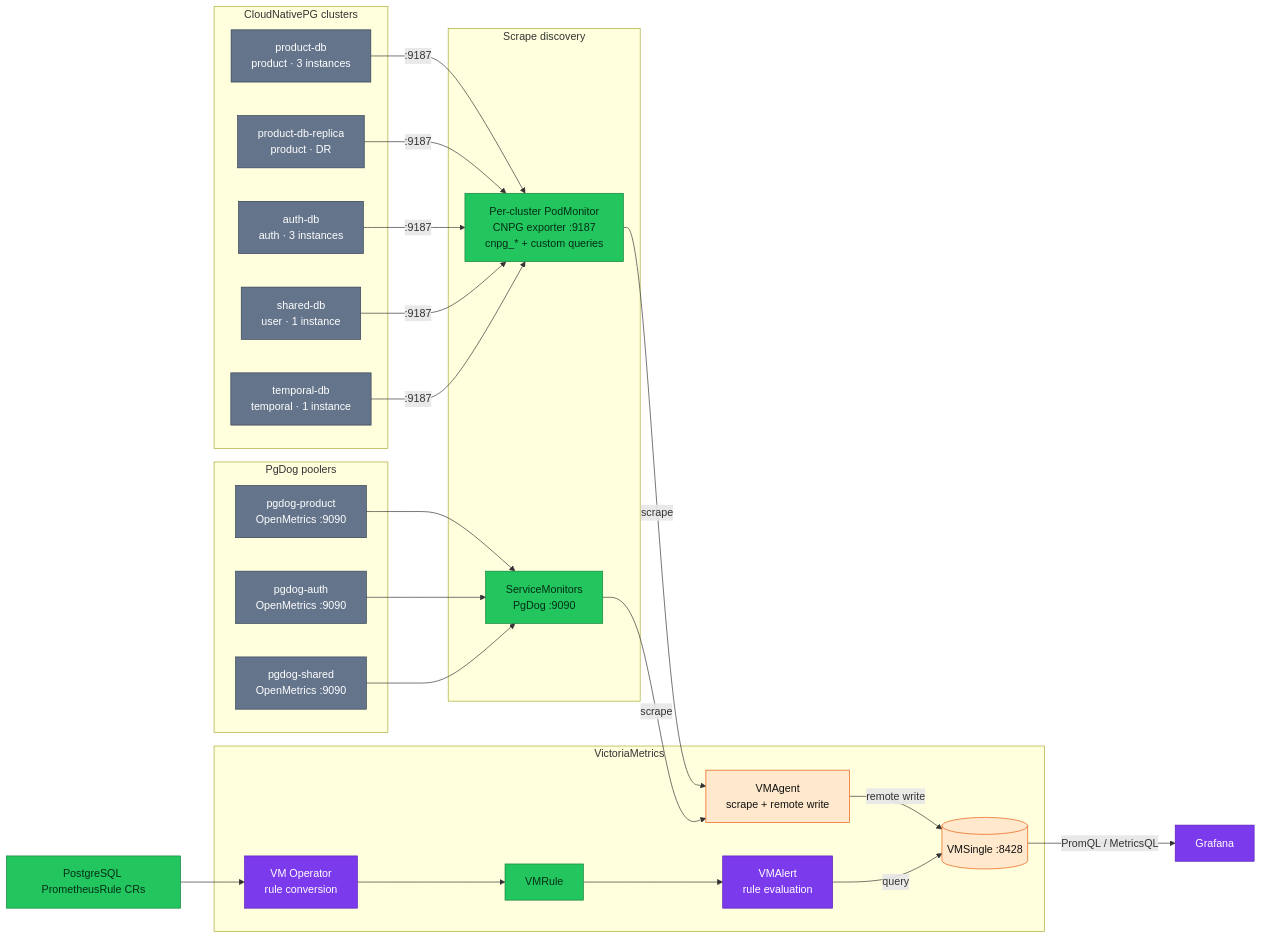
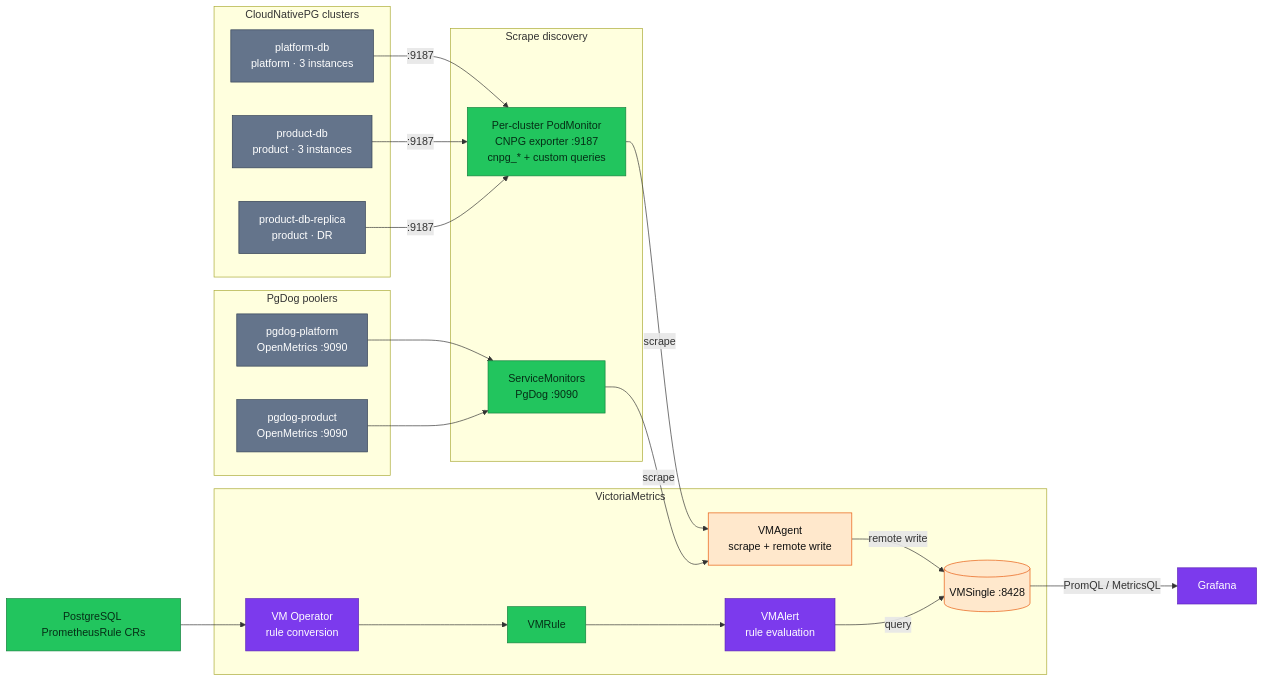
One commit to duynhlab/homelab changed the diagram in docs/observability/metrics/postgresql/monitoring.md. Above: the diagram before and after it, drawn with Mermaid. The commit also changed other lines of this file and 147 other files, not shown here.

````diff
--- a/docs/observability/metrics/postgresql/monitoring.md
+++ b/docs/observability/metrics/postgresql/monitoring.md
@@ -9,56 +9,50 @@
 ```mermaid
 flowchart LR
     subgraph databases["CloudNativePG clusters"]
+        platformDB["platform-db<br/>platform · 3 instances"]
         productDB["product-db<br/>product · 3 instances"]
         productDR["product-db-replica<br/>product · DR"]
-        authDB["auth-db<br/>auth · 3 instances"]
-        sharedDB["shared-db<br/>user · 1 instance"]
-        temporalDB["temporal-db<br/>temporal · 1 instance"]
     end
 
     subgraph poolers["PgDog poolers"]
+        platformPgDog["pgdog-platform<br/>OpenMetrics :9090"]
         productPgDog["pgdog-product<br/>OpenMetrics :9090"]
-        authPgDog["pgdog-auth<br/>OpenMetrics :9090"]
-        sharedPgDog["pgdog-shared<br/>OpenMetrics :9090"]
     end
 
     subgraph discovery["Scrape discovery"]
         cnpgMon["Per-cluster PodMonitor<br/>CNPG exporter :9187<br/>cnpg_* + custom queries"]
         pgdogMon["ServiceMonitors<br/>PgDog :9090"]
     end
 
     subgraph metrics["VictoriaMetrics"]
         vma["VMAgent<br/>scrape + remote write"]
         vms[("VMSingle :8428")]
         vmop["VM Operator<br/>rule conversion"]
         vmrule["VMRule"]
         vmalert["VMAlert<br/>rule evaluation"]
     end
 
+    platformDB -->|":9187"| cnpgMon
     productDB -->|":9187"| cnpgMon
     productDR -->|":9187"| cnpgMon
-    authDB -->|":9187"| cnpgMon
-    sharedDB -->|":9187"| cnpgMon
-    temporalDB -->|":9187"| cnpgMon
 
+    platformPgDog --> pgdogMon
     productPgDog --> pgdogMon
-    authPgDog --> pgdogMon
-    sharedPgDog --> pgdogMon
 
     cnpgMon -->|scrape| vma
     pgdogMon -->|scrape| vma
     vma -->|remote write| vms
     vms -->|"PromQL / MetricsQL"| grafana["Grafana"]
 
     ruleCRs["PostgreSQL PrometheusRule CRs"] --> vmop --> vmrule --> vmalert
     vmalert -->|query| vms
 
     classDef external fill:#64748b,color:#fff,stroke:#334155;
     classDef data fill:#22c55e,color:#052e16,stroke:#15803d;
     classDef metric fill:#ffe8cc,color:#111,stroke:#e8590c;
     classDef platform fill:#7c3aed,color:#fff,stroke:#5b21b6;
-    class productDB,productDR,authDB,sharedDB,temporalDB,productPgDog,authPgDog,sharedPgDog external;
+    class platformDB,productDB,productDR,platformPgDog,productPgDog external;
     class cnpgMon,pgdogMon,ruleCRs,vmrule data;
     class vma,vms metric;
     class vmop,vmalert,grafana platform;
 ```
````
